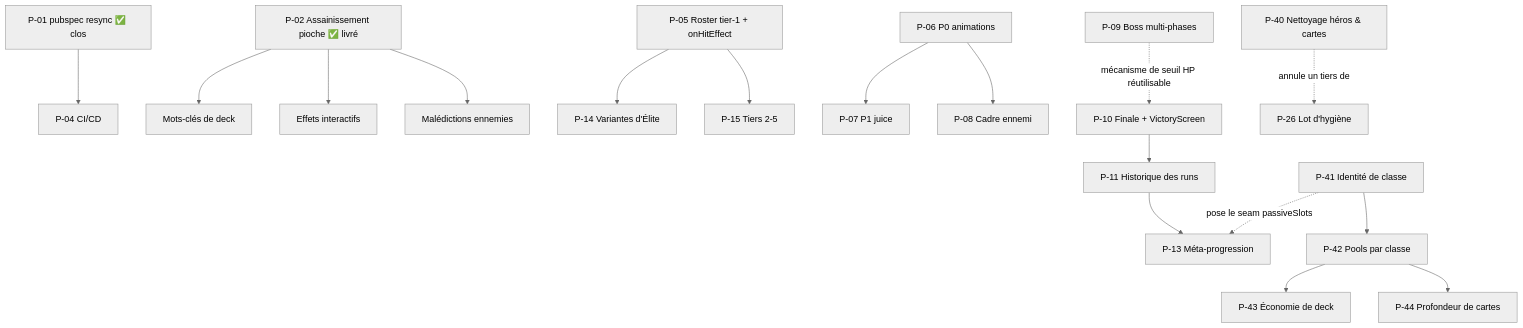
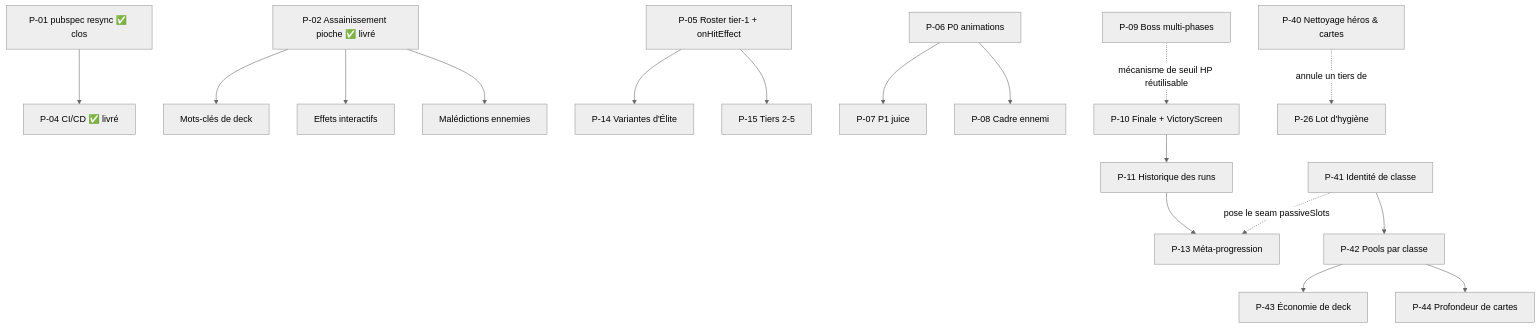
One commit to Hex-Umbra/hero-s-draft changed the second of 3 diagrams in docs/ROADMAP.md. Above: the diagram before and after it, drawn with Mermaid (neutral theme). The commit also changed other lines of this file and 9 other files, not shown here.

````diff
--- a/docs/ROADMAP.md
+++ b/docs/ROADMAP.md
@@ -55,19 +55,19 @@
 ```mermaid
 graph TD
-    P01["P-01 pubspec resync ✅ clos"] --> P04[P-04 CI/CD]
+    P01["P-01 pubspec resync ✅ clos"] --> P04["P-04 CI/CD ✅ livré"]
     P02["P-02 Assainissement pioche ✅ livré"] --> B18[Mots-clés de deck]
     P02 --> B19[Effets interactifs]
     P02 --> B20[Malédictions ennemies]
     P05[P-05 Roster tier-1 + onHitEffect] --> P14[P-14 Variantes d'Élite]
     P05 --> P15[P-15 Tiers 2-5]
     P06[P-06 P0 animations] --> P07[P-07 P1 juice]
     P06 --> P08[P-08 Cadre ennemi]
     P10[P-10 Finale + VictoryScreen] --> P11[P-11 Historique des runs]
     P11 --> P13[P-13 Méta-progression]
     P09[P-09 Boss multi-phases] -.mécanisme de seuil HP réutilisable.-> P10
     P40[P-40 Nettoyage héros & cartes] -.annule un tiers de.-> P26[P-26 Lot d'hygiène]
     P41[P-41 Identité de classe] --> P42[P-42 Pools par classe]
     P42 --> P43[P-43 Économie de deck]
     P42 --> P44[P-44 Profondeur de cartes]
     P41 -.pose le seam passiveSlots.-> P13
 ```
````
